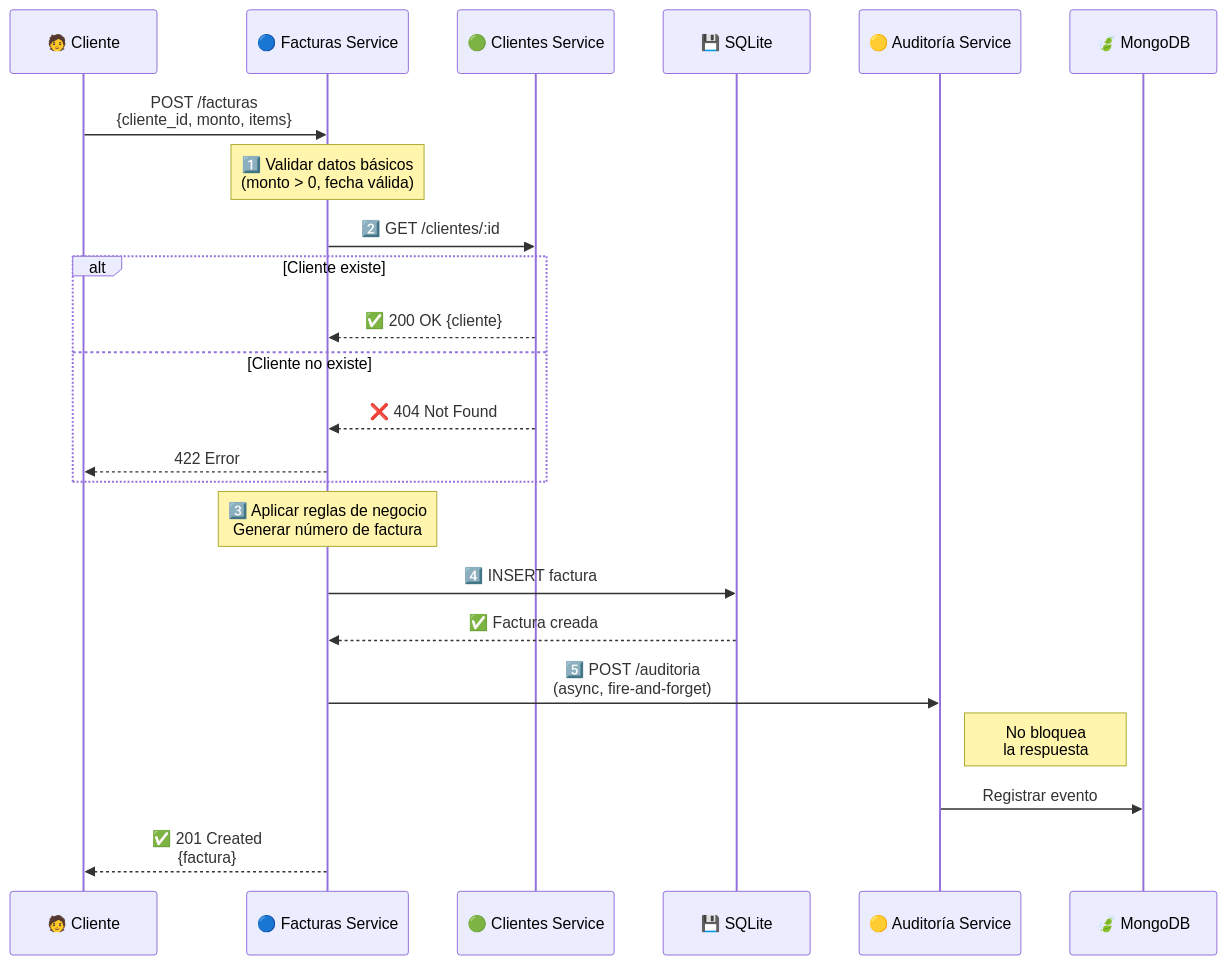
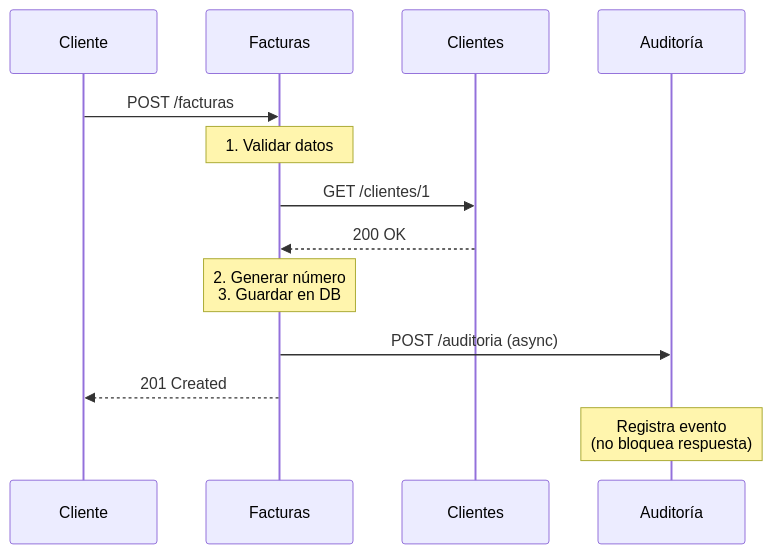
The second of 5 diagrams in docs/DIAGRAMAS.md (Asimpl3-Hero/RubyDoubleV), drawn with Mermaid before and after one commit. The commit also changed other lines of this file and 6 other files, not shown here.

````diff
--- a/docs/DIAGRAMAS.md
+++ b/docs/DIAGRAMAS.md
@@ -63,32 +57,21 @@
 ```mermaid
 sequenceDiagram
-    participant Client as 🧑 Cliente
-    participant Facturas as 🔵 Facturas Service
-    participant Clientes as 🟢 Clientes Service
-    participant DB as 💾 SQLite
-    participant Auditoría as 🟡 Auditoría Service
-    participant Mongo as 🍃 MongoDB
+    participant C as Cliente
+    participant F as Facturas
+    participant CS as Clientes
+    participant A as Auditoría
 
-    Client->>Facturas: POST /facturas<br/>{cliente_id, monto, items}
+    C->>F: POST /facturas
+    Note over F: 1. Validar datos
 
-    Note over Facturas: 1️⃣ Validar datos básicos<br/>(monto > 0, fecha válida)
+    F->>CS: GET /clientes/1
+    CS-->>F: 200 OK
 
-    Facturas->>Clientes: 2️⃣ GET /clientes/:id
-    alt Cliente existe
-        Clientes-->>Facturas: ✅ 200 OK {cliente}
-    else Cliente no existe
-        Clientes-->>Facturas: ❌ 404 Not Found
-        Facturas-->>Client: 422 Error
-    end
+    Note over F: 2. Generar número<br/>3. Guardar en DB
 
-    Note over Facturas: 3️⃣ Aplicar reglas de negocio<br/>Generar número de factura
+    F->>A: POST /auditoria (async)
 
-    Facturas->>DB: 4️⃣ INSERT factura
-    DB-->>Facturas: ✅ Factura creada
+    F-->>C: 201 Created
 
-    Facturas->>Auditoría: 5️⃣ POST /auditoria<br/>(async, fire-and-forget)
-    Note right of Auditoría: No bloquea<br/>la respuesta
-    Auditoría->>Mongo: Registrar evento
-
-    Facturas-->>Client: ✅ 201 Created<br/>{factura}
+    Note over A: Registra evento<br/>(no bloquea respuesta)
 ```
````
